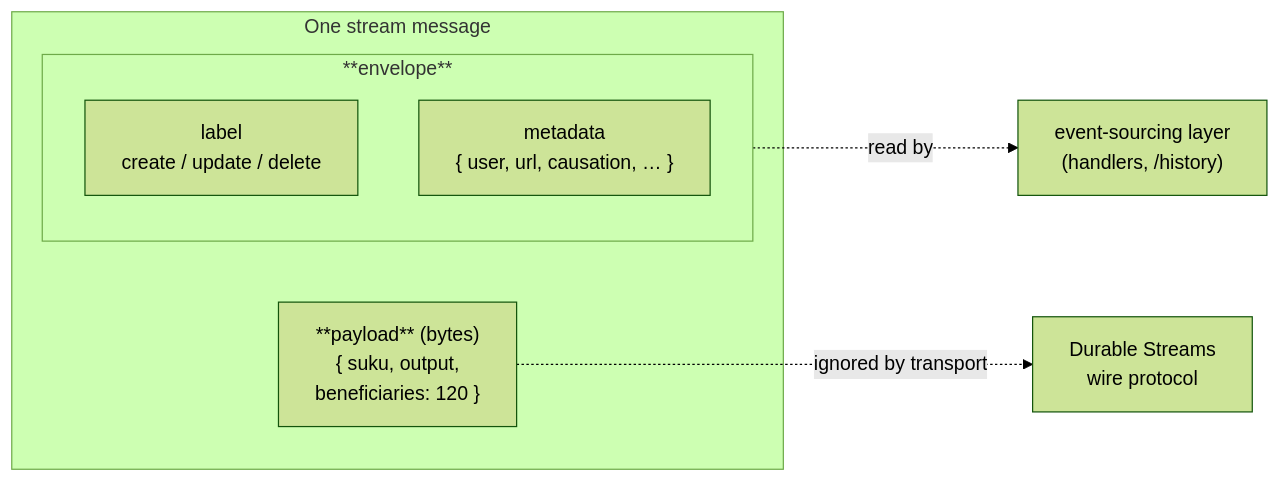
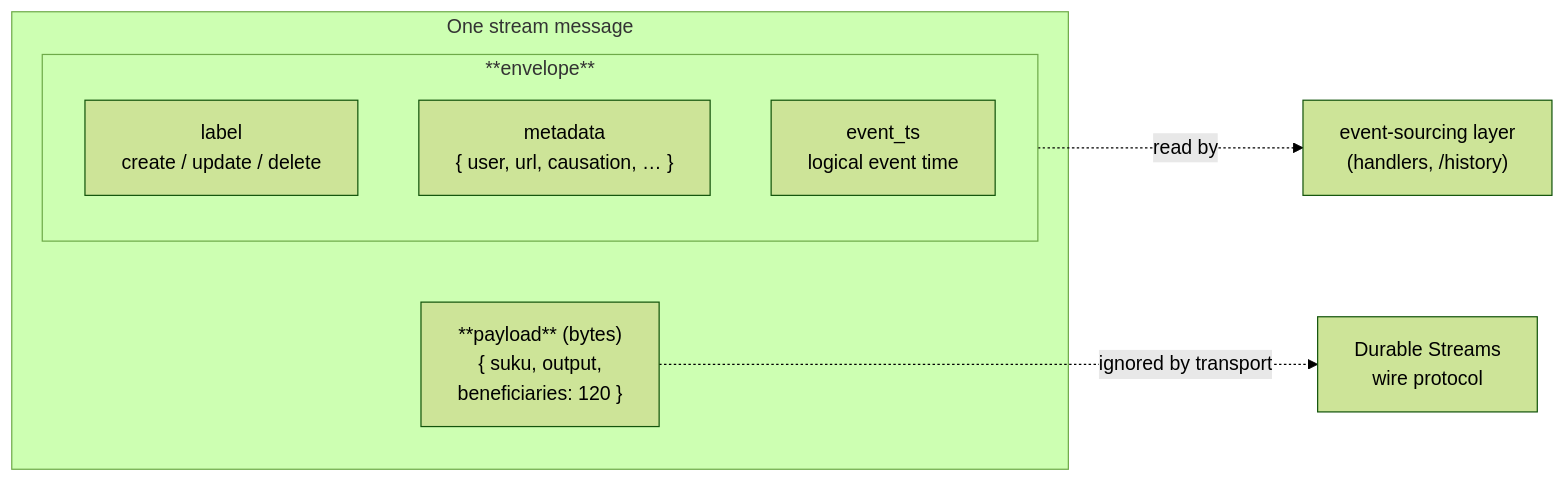
The first of 3 diagrams in docs/event-envelope.md (joshbrooks/rakaia), drawn with Mermaid (forest theme) before and after one commit. The commit also changed other lines of this file and 18 other files, not shown here.

````diff
--- a/docs/event-envelope.md
+++ b/docs/event-envelope.md
@@ -28,12 +28,13 @@
 ```mermaid
 flowchart LR
   subgraph MSG["One stream message"]
     P["**payload** (bytes)<br/>{ suku, output,<br/>beneficiaries: 120 }"]
     subgraph ENV["**envelope**"]
       L["label<br/>create / update / delete"]
       M["metadata<br/>{ user, url, causation, … }"]
+      TS["event_ts<br/>logical event time"]
     end
   end
   P -.->|ignored by transport| T["Durable Streams<br/>wire protocol"]
   ENV -.->|read by| ES["event-sourcing layer<br/>(handlers, /history)"]
 ```
````
